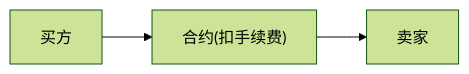
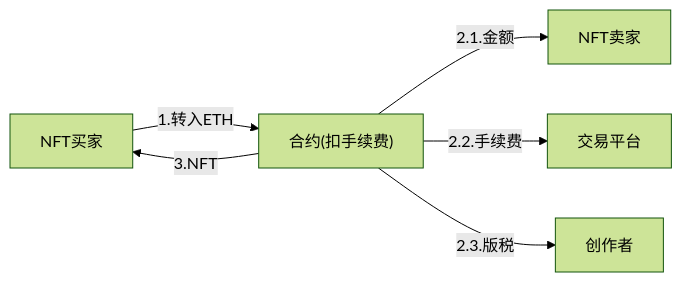
Before and after one commit to qiyichain/dev-docs: the second of 2 diagrams in docs/fansland/1.技术预研.md, drawn with Mermaid (forest theme).

````diff
--- a/docs/fansland/1.技术预研.md
+++ b/docs/fansland/1.技术预研.md
@@ -126,6 +126,9 @@
 ```mermaid
 
 graph LR;
-    A[买方]-->B["合约(扣手续费)"]-->C[卖家]
+    A[NFT买家]--1.转入ETH-->B["合约(扣手续费)"]--2.1.金额-->C[NFT卖家]
+    B--2.2.手续费-->D[交易平台]
+    B--2.3.版税-->E[创作者]
+    B--3.NFT-->A
 
 ```
````
